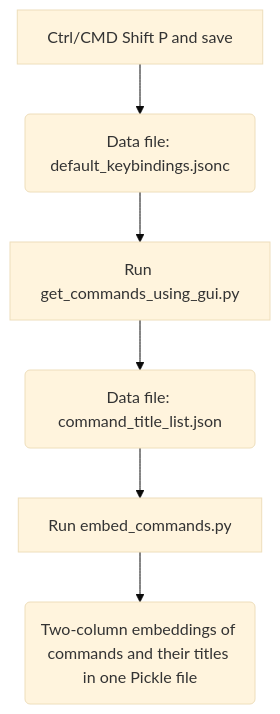
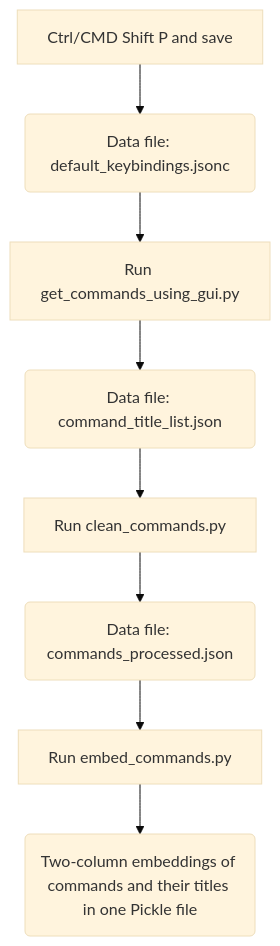
The diagram in NLP_and_backend/README.md (SigmaWe/SmartCommand), drawn with Mermaid (base theme) before and after one commit. The commit also changed 5 other files, not shown here.

Commit message:
updated clean_commands and embed_commands for new requirements

````diff
--- a/NLP_and_backend/README.md
+++ b/NLP_and_backend/README.md
@@ -11,12 +11,14 @@
 ```mermaid
 graph TD; 
 
 A[Ctrl/CMD Shift P and save];
 B(Data file: default_keybindings.jsonc) 
 C[Run get_commands_using_gui.py]
 D(Data file: command_title_list.json)
-E[Run embed_commands.py]
-F(Two-column embeddings of commands and their titles in one Pickle file) 
+E[Run clean_commands.py]
+F(Data file: commands_processed.json)
+G[Run embed_commands.py]
+H(Two-column embeddings of commands and their titles in one Pickle file) 
 A-->B-->C-->D-->E
-E-->F
+E-->F-->G-->H
 ```
````
